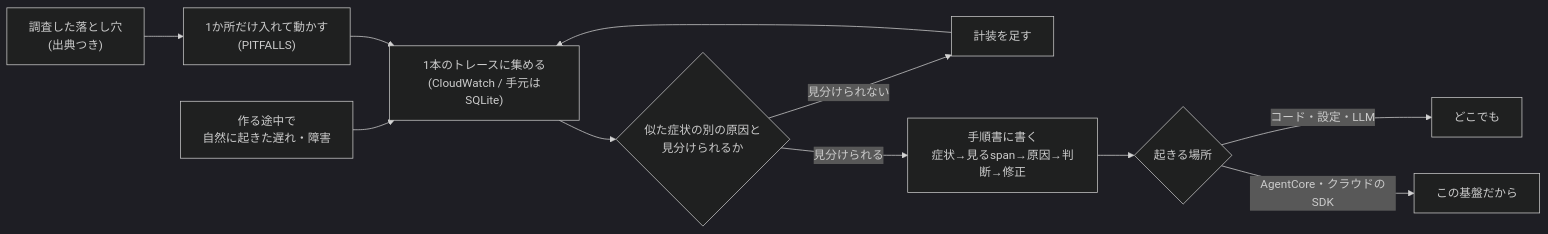
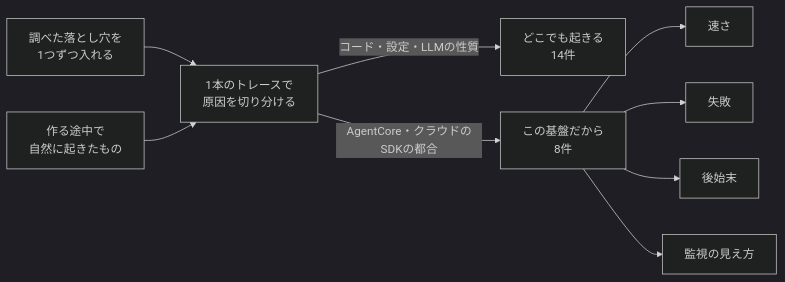
One commit to yuya0408/agent-latency-tracer changed the first of 2 diagrams in README.md. Above: the diagram before and after it, drawn with Mermaid (dark theme). The commit also changed other lines of this file, not shown here.

````diff
--- a/README.md
+++ b/README.md
@@ -11,13 +10,11 @@
 ```mermaid
 flowchart LR
-  A["調査した落とし穴<br/>(出典つき)"] --> C["1か所だけ入れて動かす<br/>(PITFALLS)"]
-  B["作る途中で<br/>自然に起きた遅れ・障害"] --> D
-  C --> D["1本のトレースに集める<br/>(CloudWatch / 手元はSQLite)"]
-  D --> E{"似た症状の別の原因と<br/>見分けられるか"}
-  E -->|"見分けられない"| F["計装を足す"]
-  F --> D
-  E -->|"見分けられる"| G["手順書に書く<br/>症状→見るspan→原因→判断→修正"]
-  G --> H{"起きる場所"}
-  H -->|"コード・設定・LLM"| I["どこでも"]
-  H -->|"AgentCore・クラウドのSDK"| J["この基盤だから"]
+  A["調べた落とし穴を<br/>1つずつ入れる"] --> C["1本のトレースで<br/>原因を切り分ける"]
+  B["作る途中で<br/>自然に起きたもの"] --> C
+  C -->|"コード・設定・LLMの性質"| D["どこでも起きる<br/>14件"]
+  C -->|"AgentCore・クラウドのSDKの都合"| E["この基盤だから<br/>8件"]
+  E --> F["速さ"]
+  E --> G["失敗"]
+  E --> H["後始末"]
+  E --> I["監視の見え方"]
 ```
````
